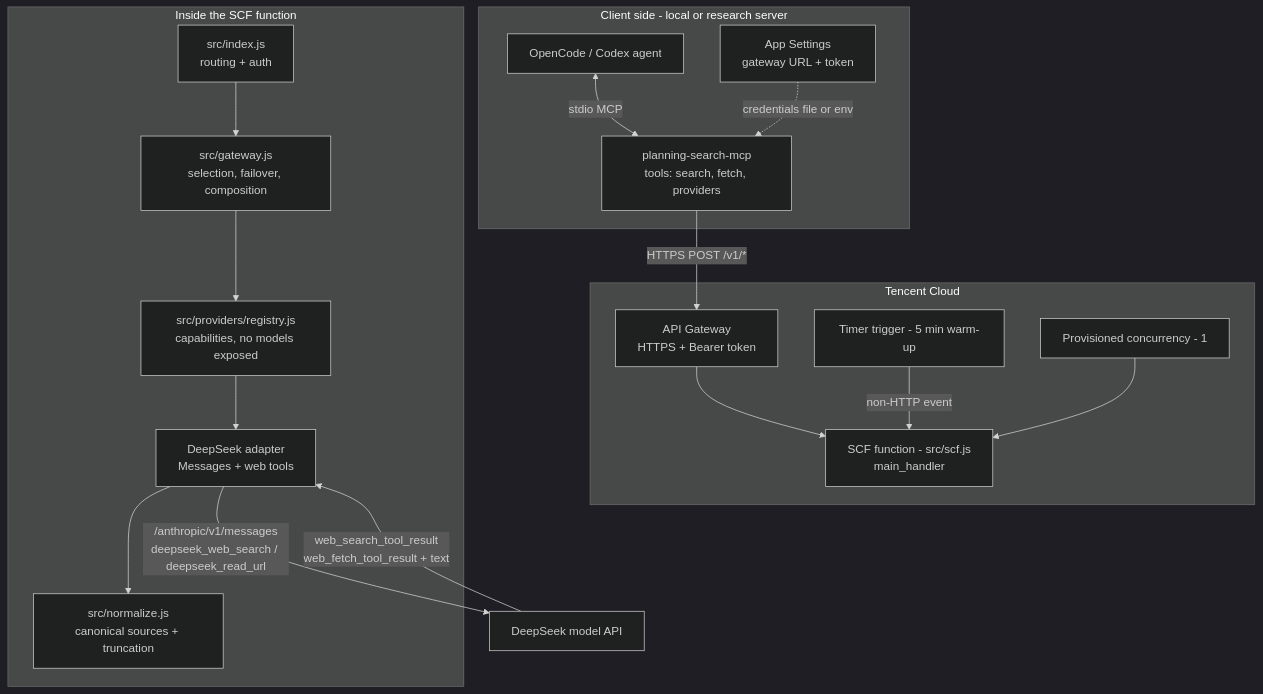
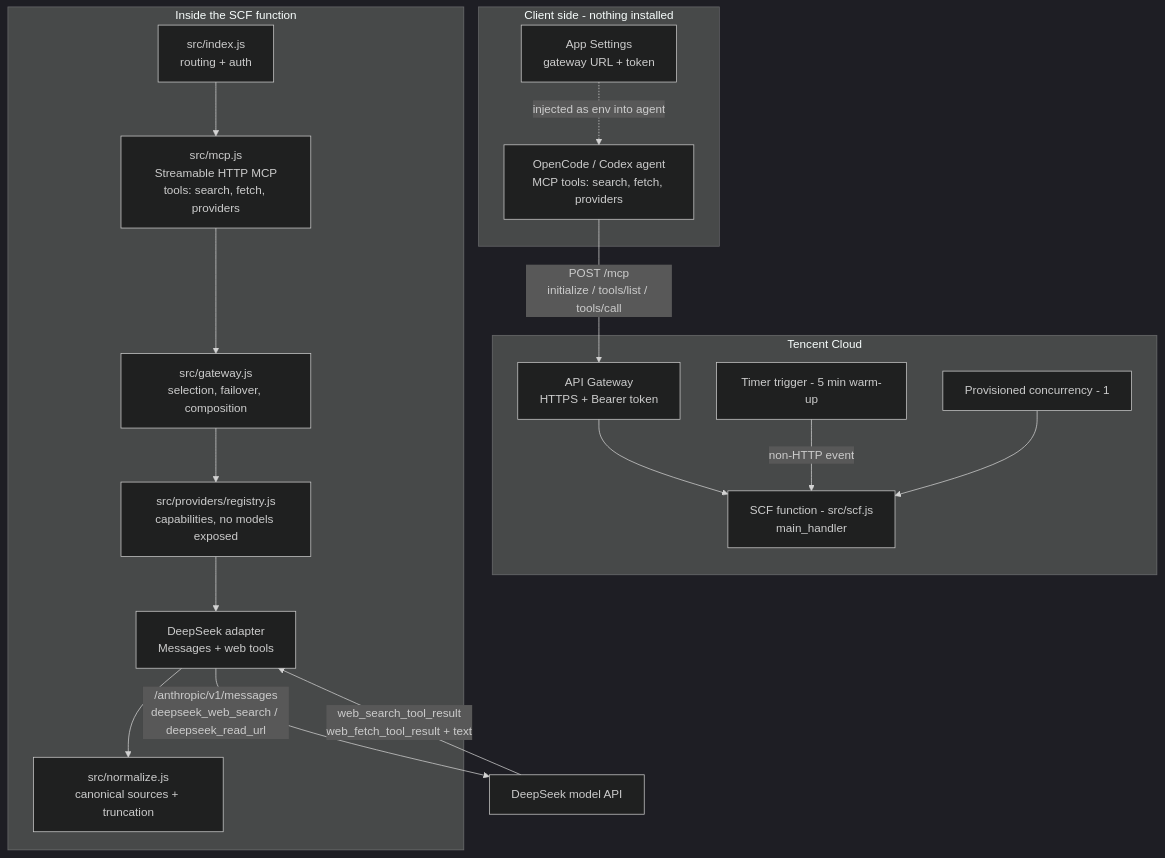
The first of 2 diagrams in README.md (KrabsWong/yooooo-search-gateway), drawn with Mermaid (dark theme) before and after one commit. The commit also changed other lines of this file and 5 other files, not shown here.

Commit message:
feat: expose remote Streamable HTTP MCP endpoint

````diff
--- a/README.md
+++ b/README.md
@@ -11,33 +11,32 @@
 ```mermaid
 flowchart TB
-    subgraph client[Client side - local or research server]
-        A[OpenCode / Codex agent]
-        M[planning-search-mcp<br/>tools: search, fetch, providers]
+    subgraph client[Client side - nothing installed]
+        A[OpenCode / Codex agent<br/>MCP tools: search, fetch, providers]
         S[App Settings<br/>gateway URL + token]
-        A <-->|stdio MCP| M
-        S -.->|credentials file or env| M
+        S -.->|injected as env into agent| A
     end
 
     subgraph edge[Tencent Cloud]
         GW[API Gateway<br/>HTTPS + Bearer token]
         F[SCF function - src/scf.js<br/>main_handler]
         W[Timer trigger - 5 min warm-up]
         P[Provisioned concurrency - 1]
         GW --> F
         W -->|non-HTTP event| F
         P --> F
     end
 
     subgraph gateway[Inside the SCF function]
         H[src/index.js<br/>routing + auth]
+        M[src/mcp.js<br/>Streamable HTTP MCP<br/>tools: search, fetch, providers]
         G[src/gateway.js<br/>selection, failover, composition]
         R[src/providers/registry.js<br/>capabilities, no models exposed]
         D[DeepSeek adapter<br/>Messages + web tools]
         N[src/normalize.js<br/>canonical sources + truncation]
-        H --> G --> R --> D --> N
+        H --> M --> G --> R --> D --> N
     end
 
-    M -->|HTTPS POST /v1/*| GW
+    A -->|"POST /mcp<br/>initialize / tools/list / tools/call"| GW
     D -->|"/anthropic/v1/messages<br/>deepseek_web_search / deepseek_read_url"| DS[DeepSeek model API]
     DS -->|web_search_tool_result<br/>web_fetch_tool_result + text| D
 ```
````
